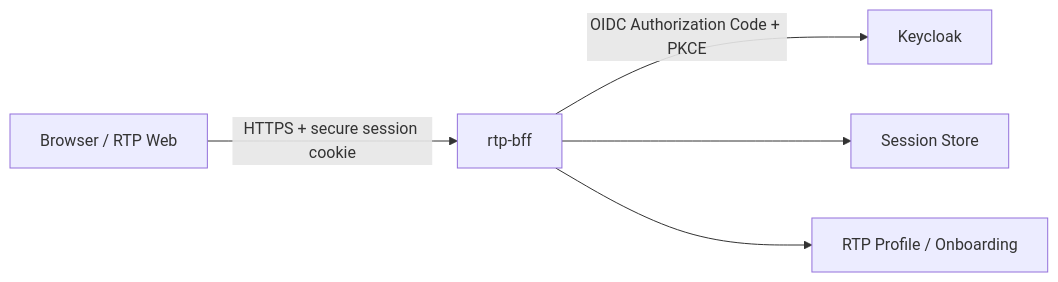
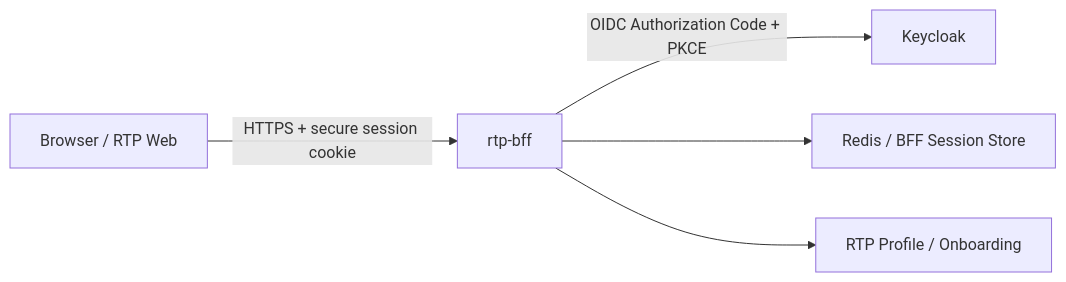
One commit to rock-the-prototype/rtp-bff changed the first of 2 diagrams in docs/architecture/README.md. Above: the diagram before and after it, drawn with Mermaid. The commit also changed other lines of this file and 10 other files, not shown here.

Commit message:
feat: establish Redis-backed BFF session boundary

````diff
--- a/docs/architecture/README.md
+++ b/docs/architecture/README.md
@@ -36,13 +36,13 @@
 ```mermaid
 flowchart LR
-    Browser["Browser / RTP Web"]
-    BFF["rtp-bff"]
-    Keycloak["Keycloak"]
-    Session["Session Store"]
-    Profile["RTP Profile / Onboarding"]
+  Browser["Browser / RTP Web"]
+  BFF["rtp-bff"]
+  Keycloak["Keycloak"]
+  Session["Redis / BFF Session Store"]
+  Profile["RTP Profile / Onboarding"]
 
-    Browser -->|"HTTPS + secure session cookie"| BFF
-    BFF -->|"OIDC Authorization Code + PKCE"| Keycloak
-    BFF --> Session
-    BFF --> Profile
+  Browser -->|"HTTPS + secure session cookie"| BFF
+  BFF -->|"OIDC Authorization Code + PKCE"| Keycloak
+  BFF --> Session
+  BFF --> Profile
 ```
````
